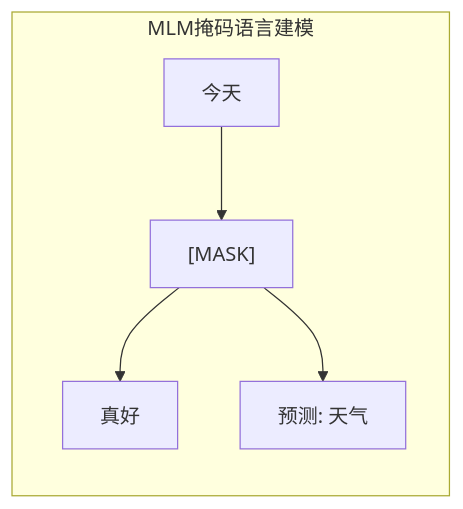
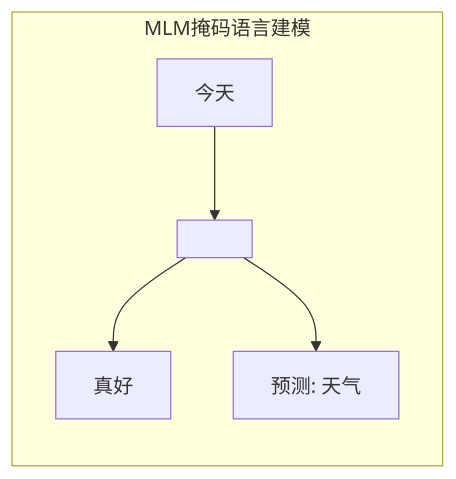
One commit to Xunzhuo/mini-sglang changed the fourth of 24 diagrams in learning/website/docs/basics/05-transformer-architecture.md. Above: the diagram before and after it, drawn with Mermaid. The commit also changed other lines of this file and 7 other files, not shown here.

````diff
--- a/learning/website/docs/basics/05-transformer-architecture.md
+++ b/learning/website/docs/basics/05-transformer-architecture.md
@@ -99,7 +99,7 @@
 ```mermaid
 graph LR
     subgraph MLM["MLM掩码语言建模"]
-        M1["今天"] --> M2["[MASK]"] --> M3["真好"]
+        M1["今天"] --> M2["</think>"] --> M3["真好"]
         M2 --> P["预测: 天气"]
     end
 ```
````
